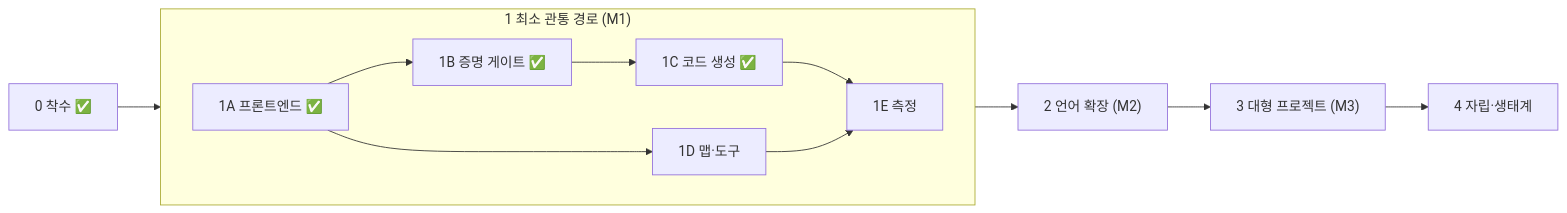
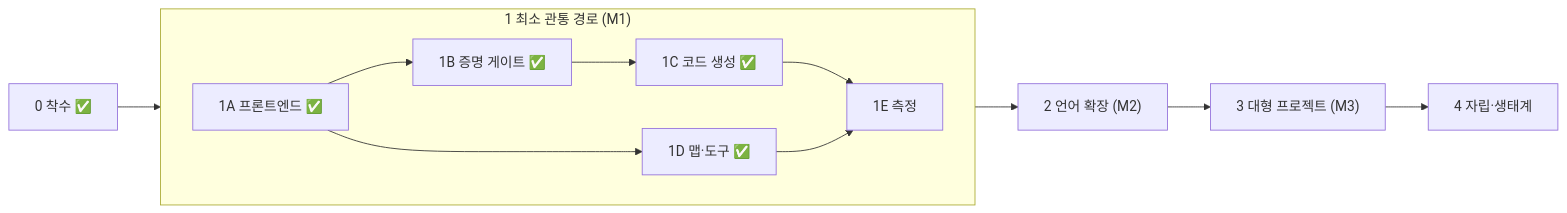
The diagram in docs/ROADMAP.md (lang-bmb/lang-bmb), drawn with Mermaid before and after one commit. The commit also changed other lines of this file and 6 other files, not shown here.

````diff
--- a/docs/ROADMAP.md
+++ b/docs/ROADMAP.md
@@ -15,12 +15,12 @@
 ```mermaid
 flowchart LR
     P0["0 착수 ✅"] --> P1
     subgraph P1["1 최소 관통 경로 (M1)"]
         direction LR
         A["1A 프론트엔드 ✅"] --> B["1B 증명 게이트 ✅"] --> C["1C 코드 생성 ✅"]
-        A --> D["1D 맵·도구"]
+        A --> D["1D 맵·도구 ✅"]
         C --> E["1E 측정"]
         D --> E
     end
     P1 --> P2["2 언어 확장 (M2)"] --> P3["3 대형 프로젝트 (M3)"] --> P4["4 자립·생태계"]
 ```
````
